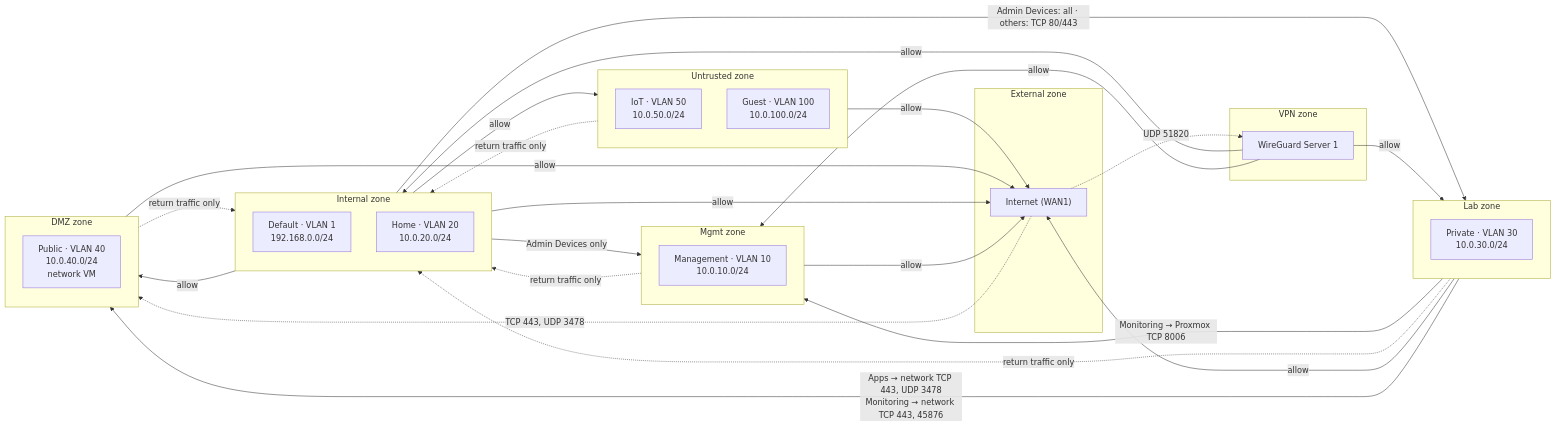
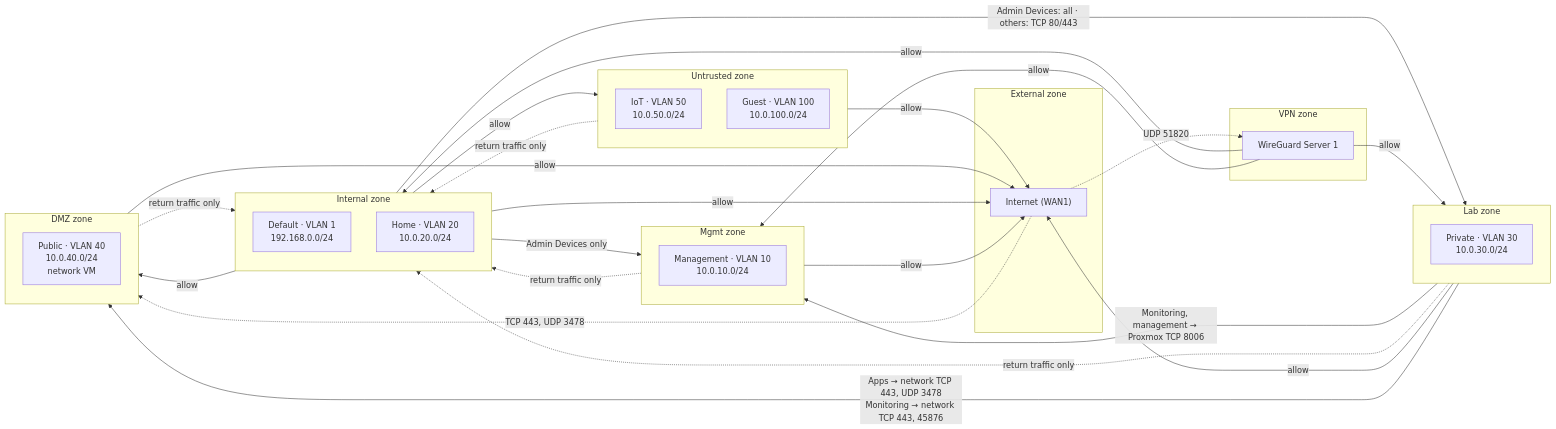
One commit to shaaz-f/home-server changed the second of 2 diagrams in README.md. Above: the diagram before and after it, drawn with Mermaid. The commit also changed other lines of this file and 5 other files, not shown here.

````diff
--- a/README.md
+++ b/README.md
@@ -52,47 +52,47 @@
 ```mermaid
 flowchart LR
     subgraph EXT["External zone"]
         WAN["Internet (WAN1)"]
     end
     subgraph INT["Internal zone"]
         DEF["Default · VLAN 1<br/>192.168.0.0/24"]
         HOME["Home · VLAN 20<br/>10.0.20.0/24"]
     end
     subgraph MGZ["Mgmt zone"]
         MGMT["Management · VLAN 10<br/>10.0.10.0/24"]
     end
     subgraph LABZ["Lab zone"]
         PRIV["Private · VLAN 30<br/>10.0.30.0/24"]
     end
     subgraph UNT["Untrusted zone"]
         IOT["IoT · VLAN 50<br/>10.0.50.0/24"]
         GST["Guest · VLAN 100<br/>10.0.100.0/24"]
     end
     subgraph DMZZ["DMZ zone"]
         PUB["Public · VLAN 40<br/>10.0.40.0/24<br/>network VM"]
     end
     subgraph VPNZ["VPN zone"]
         WG["WireGuard Server 1"]
     end
 
     INT -- "Admin Devices only" --> MGZ
     INT -- "Admin Devices: all · others: TCP 80/443" --> LABZ
-    LABZ -- "Monitoring → Proxmox TCP 8006" --> MGZ
+    LABZ -- "Monitoring, management → Proxmox TCP 8006" --> MGZ
     INT -- "allow" --> UNT
     INT -- "allow" --> DMZZ
     MGZ -. "return traffic only" .-> INT
     LABZ -. "return traffic only" .-> INT
     UNT -. "return traffic only" .-> INT
     DMZZ -. "return traffic only" .-> INT
     UNT -- "allow" --> WAN
     DMZZ -- "allow" --> WAN
     INT -- "allow" --> WAN
     MGZ -- "allow" --> WAN
     LABZ -- "allow" --> WAN
     WG -- "allow" --> INT
     WG -- "allow" --> MGZ
     WG -- "allow" --> LABZ
     LABZ -- "Apps → network TCP 443, UDP 3478<br/>Monitoring → network TCP 443, 45876" --> DMZZ
     WAN -. "UDP 51820" .-> WG
     WAN -. "TCP 443, UDP 3478" .-> DMZZ
 ```
````
